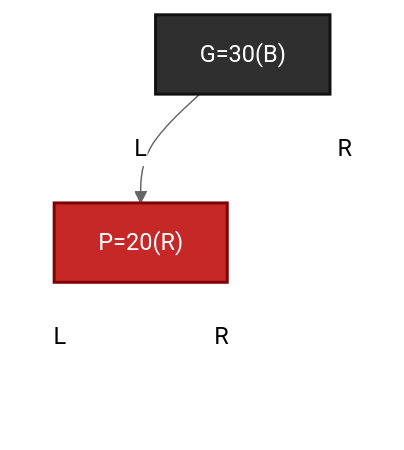
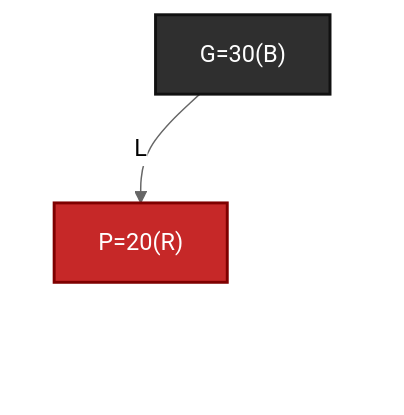
The fourth of 24 diagrams in knowledge/linux/data_structures/红黑树_rb-tree/P35_红黑插入与红红冲突上推.md (FormingSystem/linux_note), drawn with Mermaid (neutral theme) before and after one commit. The commit also changed other lines of this file and 5 other files, not shown here.

````diff
--- a/knowledge/linux/data_structures/红黑树_rb-tree/P35_红黑插入与红红冲突上推.md
+++ b/knowledge/linux/data_structures/红黑树_rb-tree/P35_红黑插入与红红冲突上推.md
@@ -238,26 +238,26 @@
 ```mermaid
 graph TD
 	rb_g_before["G=30(B)"]
 	rb_p_before["P=20(R)"]
 	rb_g_right_nil[" "]
 	rb_p_left_nil[" "]
 	rb_p_right_nil[" "]
 
 	rb_g_before -->|"L"| rb_p_before
-	rb_g_before -->|"R"| rb_g_right_nil
+	rb_g_before --> rb_g_right_nil
 
-	rb_p_before -->|"L"| rb_p_left_nil
-	rb_p_before -->|"R"| rb_p_right_nil
+	rb_p_before --> rb_p_left_nil
+	rb_p_before --> rb_p_right_nil
 
 	classDef rb_black fill:#2f2f2f,stroke:#111,color:#fff,stroke-width:2px;
 	classDef rb_red fill:#c62828,stroke:#7f0000,color:#fff,stroke-width:2px;
 	classDef rb_nil fill:transparent,stroke:transparent,color:transparent;
 
 	class rb_g_before rb_black;
 	class rb_p_before rb_red;
 	class rb_g_right_nil,rb_p_left_nil,rb_p_right_nil rb_nil;
 
 	linkStyle 1 stroke:transparent;
 	linkStyle 2 stroke:transparent;
 	linkStyle 3 stroke:transparent;
 ```
````
